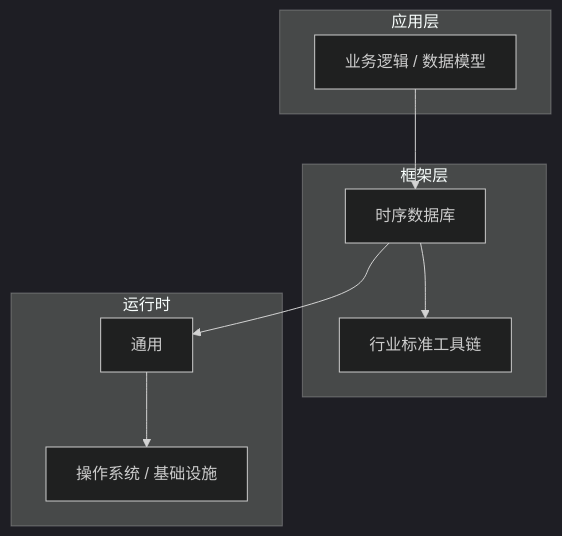
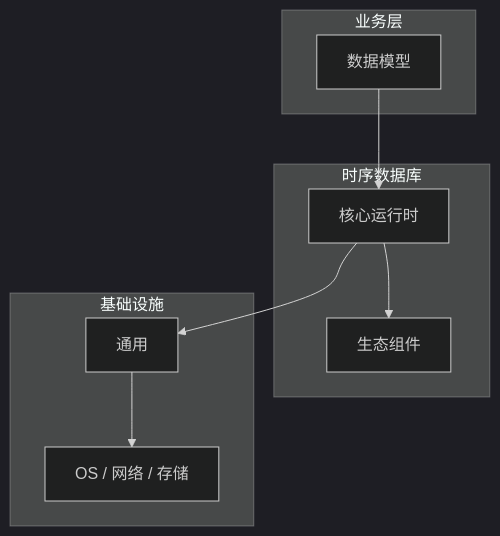
One commit to yanggan2015/knowledge-json-v2 changed the diagram in articles/时序数据库/chapters/031-数据模型核心概念与原理.md. Above: the diagram before and after it, drawn with Mermaid (dark theme). The commit also changed other lines of this file and 10127 other files, not shown here.

````diff
--- a/articles/时序数据库/chapters/031-数据模型核心概念与原理.md
+++ b/articles/时序数据库/chapters/031-数据模型核心概念与原理.md
@@ -45,18 +34,18 @@
 ```mermaid
 graph TB
-    subgraph 应用层
-        A[业务逻辑 / 数据模型]
+    subgraph 业务层
+        A[数据模型]
     end
-    subgraph 框架层
-        B[时序数据库]
-        C[行业标准工具链]
+    subgraph 时序数据库
+        B[核心运行时]
+        C[生态组件]
     end
-    subgraph 运行时
+    subgraph 基础设施
         D[通用]
-        E[操作系统 / 基础设施]
+        E[OS / 网络 / 存储]
     end
     A --> B
     B --> C
     B --> D
     D --> E
 ```
````
